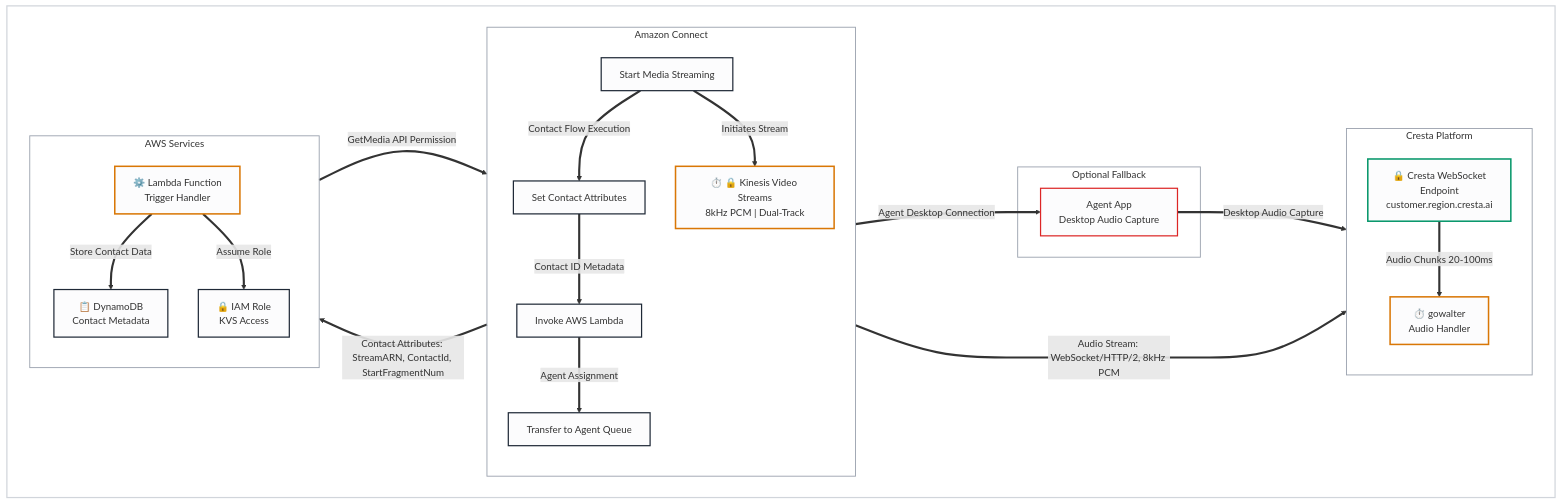
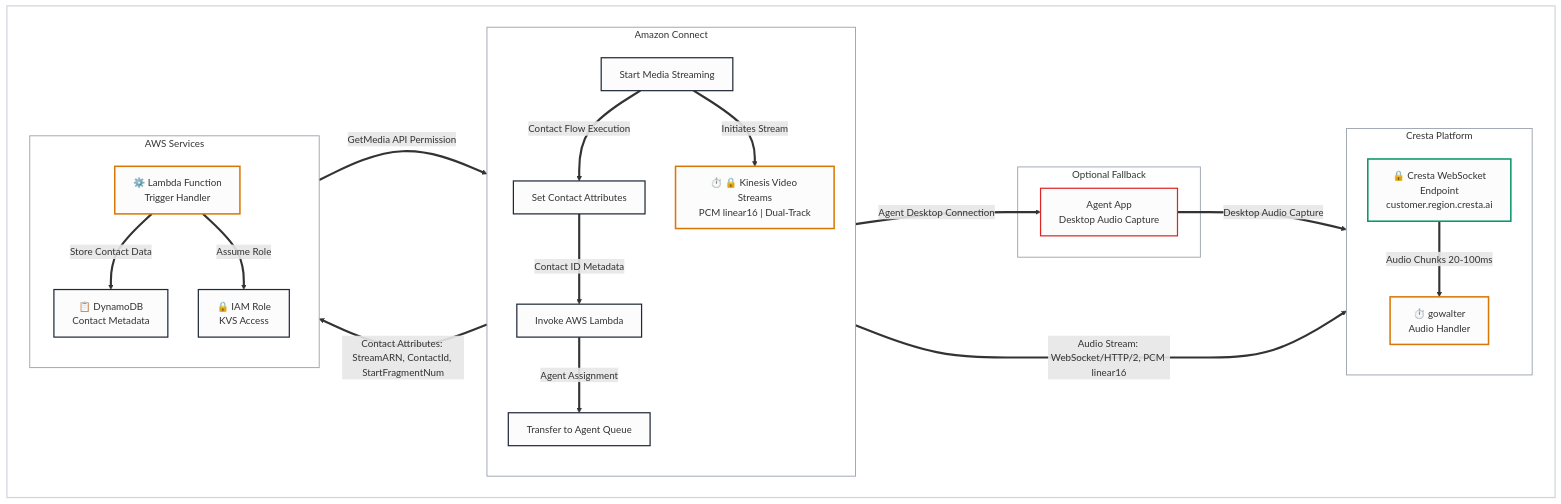
The first of 2 diagrams in 02-amazon-connect-integration.md (ihorizon/doc-share), drawn with Mermaid before and after one commit. The commit also changed other lines of this file and 13 other files, not shown here.

First line of the commit message:
Update documentation with Trust Center details, PCM linear16, PingFederate SSO, and create references.md

````diff
--- a/02-amazon-connect-integration.md
+++ b/02-amazon-connect-integration.md
@@ -14,69 +14,69 @@
 ```mermaid
 flowchart LR
     subgraph Outer[" "]
         direction LR
         subgraph Connect["Amazon Connect"]
             direction TB
             CF1[Start Media Streaming]
             CF2[Set Contact Attributes]
             CF3[Invoke AWS Lambda]
             CF4[Transfer to Agent Queue]
             
-            KVS["⏱️ 🔒 Kinesis Video Streams<br/>8kHz PCM | Dual-Track"]
+            KVS["⏱️ 🔒 Kinesis Video Streams<br/>PCM linear16 | Dual-Track"]
             
             CF1 ==>|"Contact Flow Execution"| CF2 ==>|"Contact ID Metadata"| CF3 ==>|"Agent Assignment"| CF4
             CF1 ==>|"Initiates Stream"| KVS
         end
         
         subgraph AWS["AWS Services"]
             direction TB
             Lambda["⚙️ Lambda Function<br/>Trigger Handler"]
             DynamoDB["📋 DynamoDB<br/>Contact Metadata"]
             IAM["🔒 IAM Role<br/>KVS Access"]
             
             Lambda ==>|"Store Contact Data"| DynamoDB
             Lambda ==>|"Assume Role"| IAM
         end
         
         subgraph Cresta["Cresta Platform"]
             direction TB
             Endpoint["🔒 Cresta WebSocket<br/>Endpoint<br/>customer.region.cresta.ai"]
             GoWalter["⏱️ gowalter<br/>Audio Handler"]
             
             Endpoint ==>|"Audio Chunks 20-100ms"| GoWalter
         end
         
         subgraph Optional["Optional Fallback"]
             AgentApp[Agent App<br/>Desktop Audio Capture]
         end
         
         %% Main Flow with descriptive labels (thick lines for visibility)
         CF3 ==>|"Contact Attributes: StreamARN, ContactId, StartFragmentNum"| Lambda
         IAM ==>|"GetMedia API Permission"| KVS
-        KVS ==>|"Audio Stream: WebSocket/HTTP/2, 8kHz PCM"| Endpoint
+        KVS ==>|"Audio Stream: WebSocket/HTTP/2, PCM linear16"| Endpoint
         CF4 ==>|"Agent Desktop Connection"| AgentApp
         AgentApp ==>|"Desktop Audio Capture"| GoWalter
     end
     
     %% Outer container with white background
     style Outer fill:#ffffff,stroke:#d1d5db,stroke-width:2px
     
     %% Transparent backgrounds with dotted/dashed borders (using lighter color to simulate dotted effect)
     style Connect fill:none,stroke:#9ca3af,stroke-width:1.5px
     style AWS fill:none,stroke:#9ca3af,stroke-width:1.5px
     style Cresta fill:none,stroke:#9ca3af,stroke-width:1.5px
     style Optional fill:none,stroke:#9ca3af,stroke-width:1.5px
     
     %% Node styling - very light gray backgrounds (almost white)
     style CF1 fill:#fcfcfd,stroke:#1f2937,stroke-width:2px
     style CF2 fill:#fcfcfd,stroke:#1f2937,stroke-width:2px
     style CF3 fill:#fcfcfd,stroke:#1f2937,stroke-width:2px
     style CF4 fill:#fcfcfd,stroke:#1f2937,stroke-width:2px
     style KVS fill:#fcfcfd,stroke:#d97706,stroke-width:2.5px
     style Lambda fill:#fcfcfd,stroke:#d97706,stroke-width:2.5px
     style DynamoDB fill:#fcfcfd,stroke:#1f2937,stroke-width:2px
     style IAM fill:#fcfcfd,stroke:#1f2937,stroke-width:2px
     style Endpoint fill:#fcfcfd,stroke:#059669,stroke-width:2.5px
     style GoWalter fill:#fcfcfd,stroke:#d97706,stroke-width:2.5px
     style AgentApp fill:#fcfcfd,stroke:#dc2626,stroke-width:2px
 ```
````
